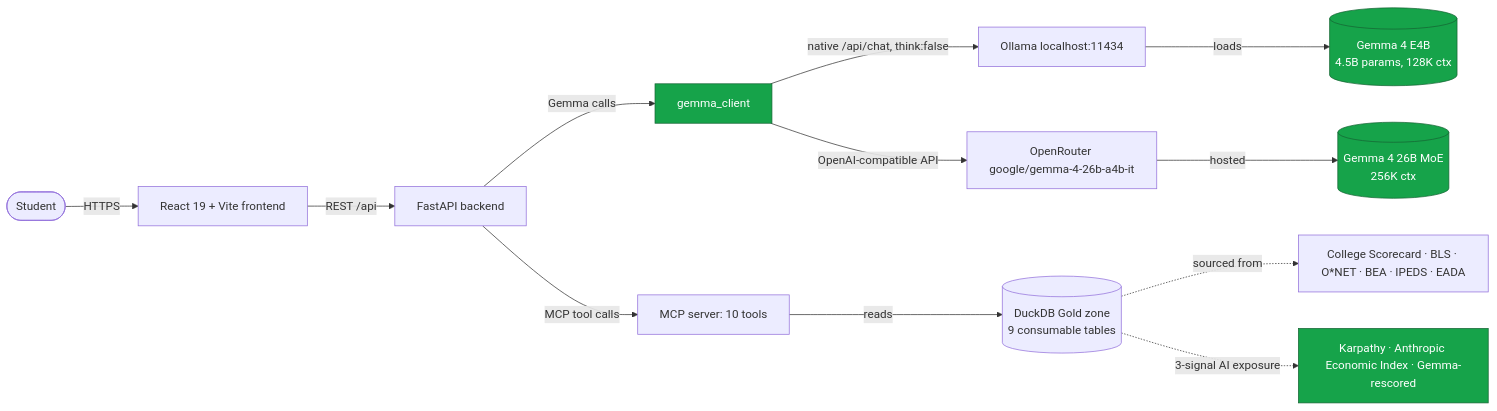
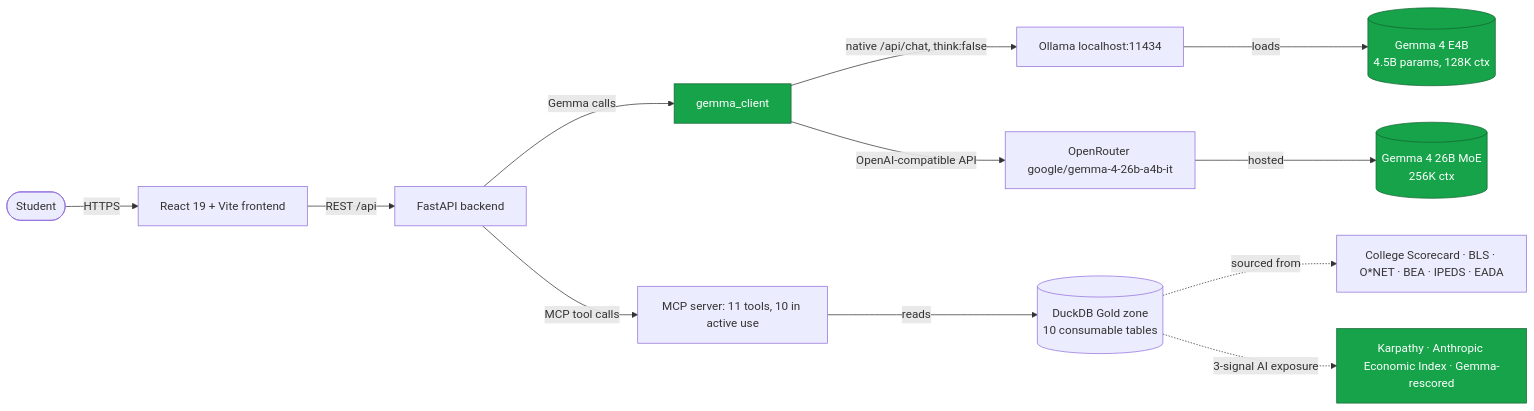
One commit to jcernauske/futureproof-data changed the second of 2 diagrams in README.md. Above: the diagram before and after it, drawn with Mermaid. The commit also changed other lines of this file and 1 other file, not shown here.

````diff
--- a/README.md
+++ b/README.md
@@ -83,17 +82,17 @@
 ```mermaid
 flowchart LR
   U([Student]) -->|HTTPS| FE[React 19 + Vite frontend]
   FE -->|REST /api| BE[FastAPI backend]
   BE -->|Gemma calls| GC[gemma_client]
   GC -->|native /api/chat, think:false| OL[Ollama localhost:11434]
   GC -->|OpenAI-compatible API| OR[OpenRouter google/gemma-4-26b-a4b-it]
   OL -->|loads| G4E[(Gemma 4 E4B<br/>4.5B params, 128K ctx)]
   OR -->|hosted| G4H[(Gemma 4 26B MoE<br/>256K ctx)]
-  BE -->|MCP tool calls| MCP[MCP server: 10 tools]
-  MCP -->|reads| GOLD[(DuckDB Gold zone<br/>9 consumable tables)]
+  BE -->|MCP tool calls| MCP[MCP server: 11 tools, 10 in active use]
+  MCP -->|reads| GOLD[(DuckDB Gold zone<br/>10 consumable tables)]
   GOLD -.->|sourced from| SRC[College Scorecard · BLS · O*NET · BEA · IPEDS · EADA]
   GOLD -.->|3-signal AI exposure| AIEX[Karpathy · Anthropic Economic Index · Gemma-rescored]
 
   classDef gemma fill:#16a34a,stroke:#166534,color:#ffffff
   class GC,G4E,G4H,AIEX gemma
 ```
````
